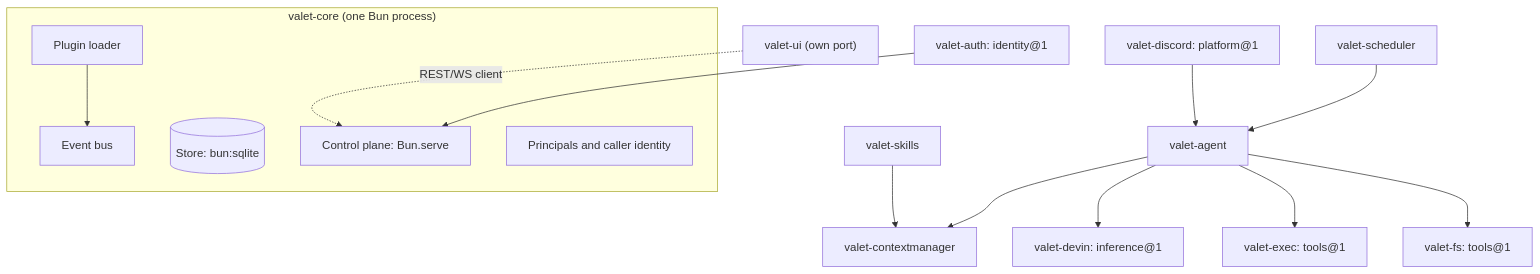
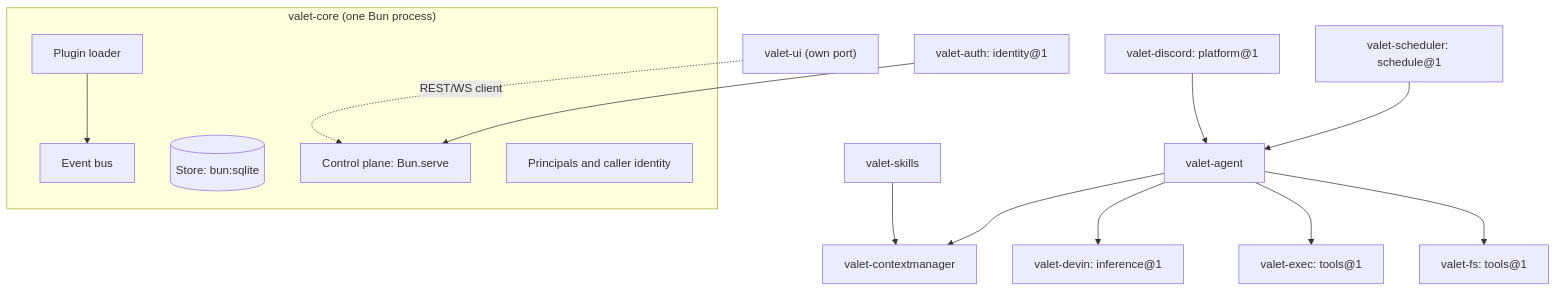
One commit to valethq/valet-core changed the diagram in docs/ARCHITECTURE.md. Above: the diagram before and after it, drawn with Mermaid. The commit also changed other lines of this file and 5 other files, not shown here.

````diff
--- a/docs/ARCHITECTURE.md
+++ b/docs/ARCHITECTURE.md
@@ -53,18 +53,18 @@
 ```mermaid
 graph TD
   subgraph core["valet-core (one Bun process)"]
     loader[Plugin loader] --> bus[Event bus]
     store[(Store: bun:sqlite)]
     http[Control plane: Bun.serve]
     principals[Principals and caller identity]
   end
   agent[valet-agent] --> ctxm[valet-contextmanager]
   agent --> devin[valet-devin: inference@1]
   agent --> exec[valet-exec: tools@1]
   agent --> fs[valet-fs: tools@1]
   ui["valet-ui (own port)"] -. REST/WS client .-> http
   auth[valet-auth: identity@1] --> http
   discord[valet-discord: platform@1] --> agent
-  sched[valet-scheduler] --> agent
+  sched[valet-scheduler: schedule@1] --> agent
   skills[valet-skills] --> ctxm
 ```
````
